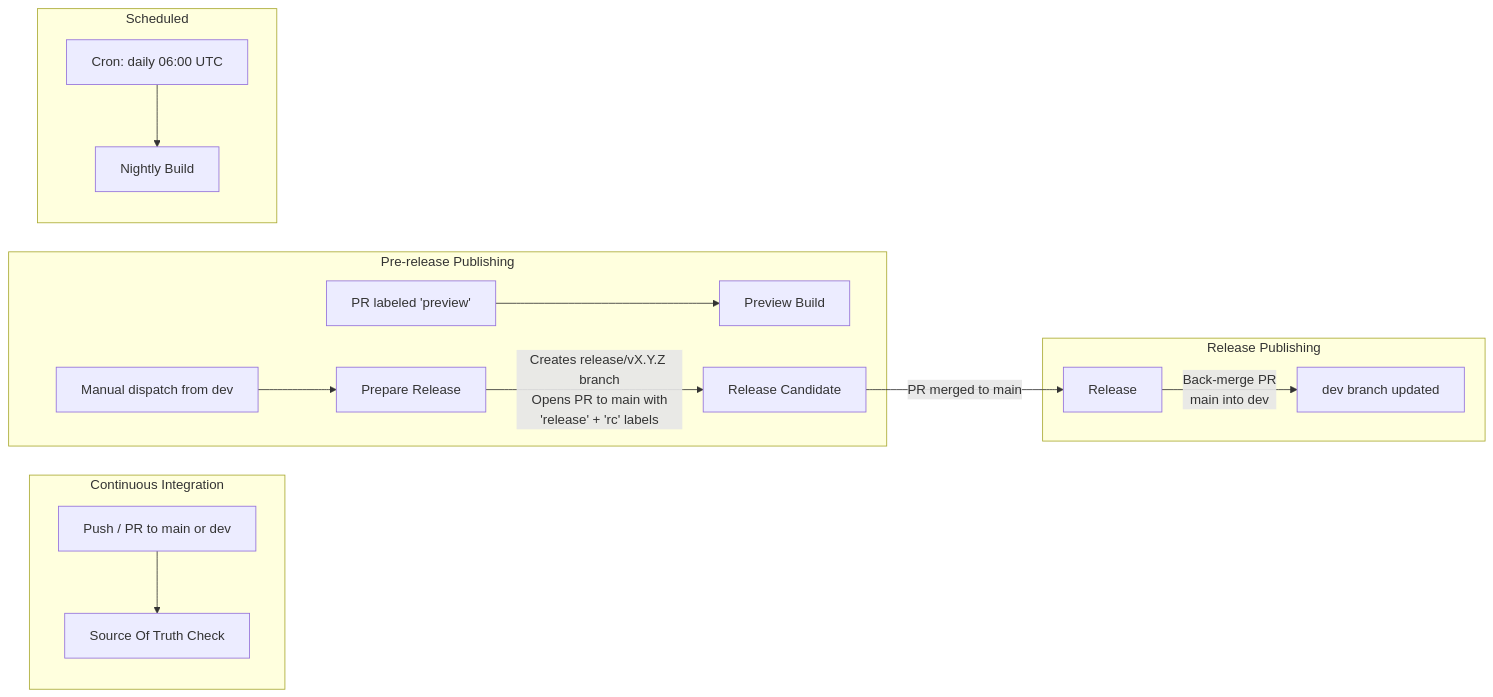
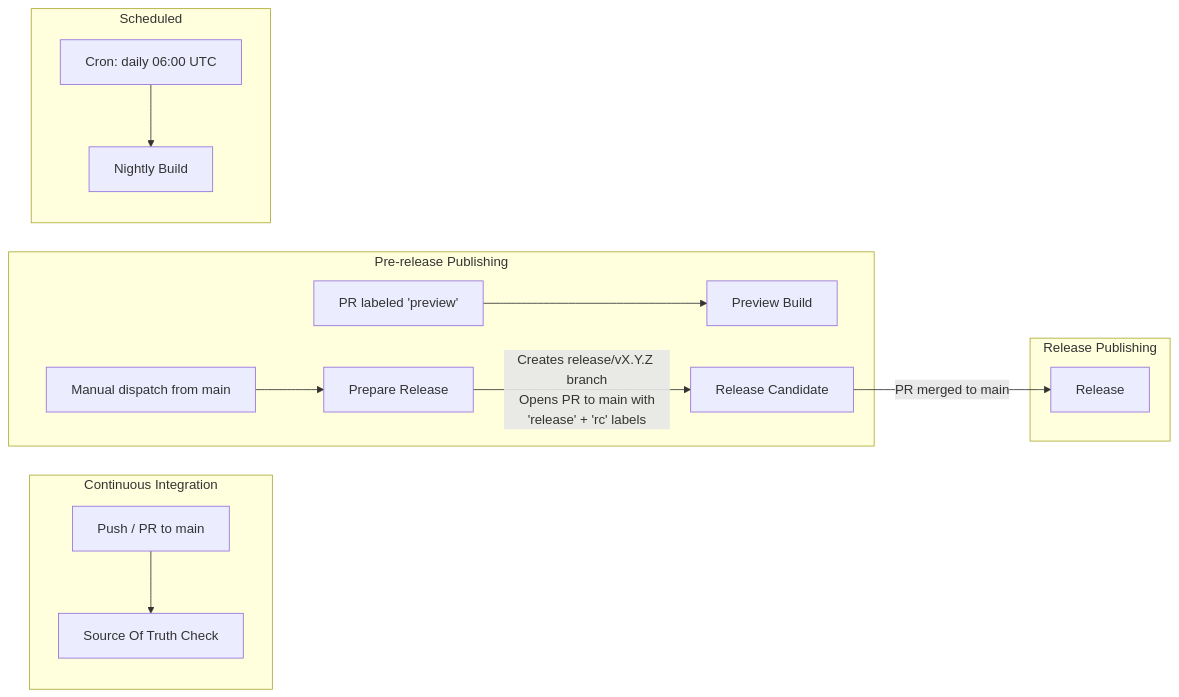
Before and after one commit to josstei/maestro-orchestrate: the first of 9 diagrams in docs/cicd.md, drawn with Mermaid. The commit also changed other lines of this file and 5 other files, not shown here.

````diff
--- a/docs/cicd.md
+++ b/docs/cicd.md
@@ -9,21 +9,20 @@
 ```mermaid
 graph LR
     subgraph "Continuous Integration"
-        A["Push / PR to main or dev"] --> B["Source Of Truth Check"]
+        A["Push / PR to main"] --> B["Source Of Truth Check"]
     end
 
     subgraph "Pre-release Publishing"
         C["PR labeled 'preview'"] --> D["Preview Build"]
-        E["Manual dispatch from dev"] --> F["Prepare Release"]
+        E["Manual dispatch from main"] --> F["Prepare Release"]
         F --> |"Creates release/vX.Y.Z branch<br/>Opens PR to main with<br/>'release' + 'rc' labels"| G["Release Candidate"]
     end
 
     subgraph "Release Publishing"
         G --> |"PR merged to main"| H["Release"]
-        H --> |"Back-merge PR<br/>main into dev"| I["dev branch updated"]
     end
 
     subgraph "Scheduled"
         J["Cron: daily 06:00 UTC"] --> K["Nightly Build"]
     end
 ```
````
